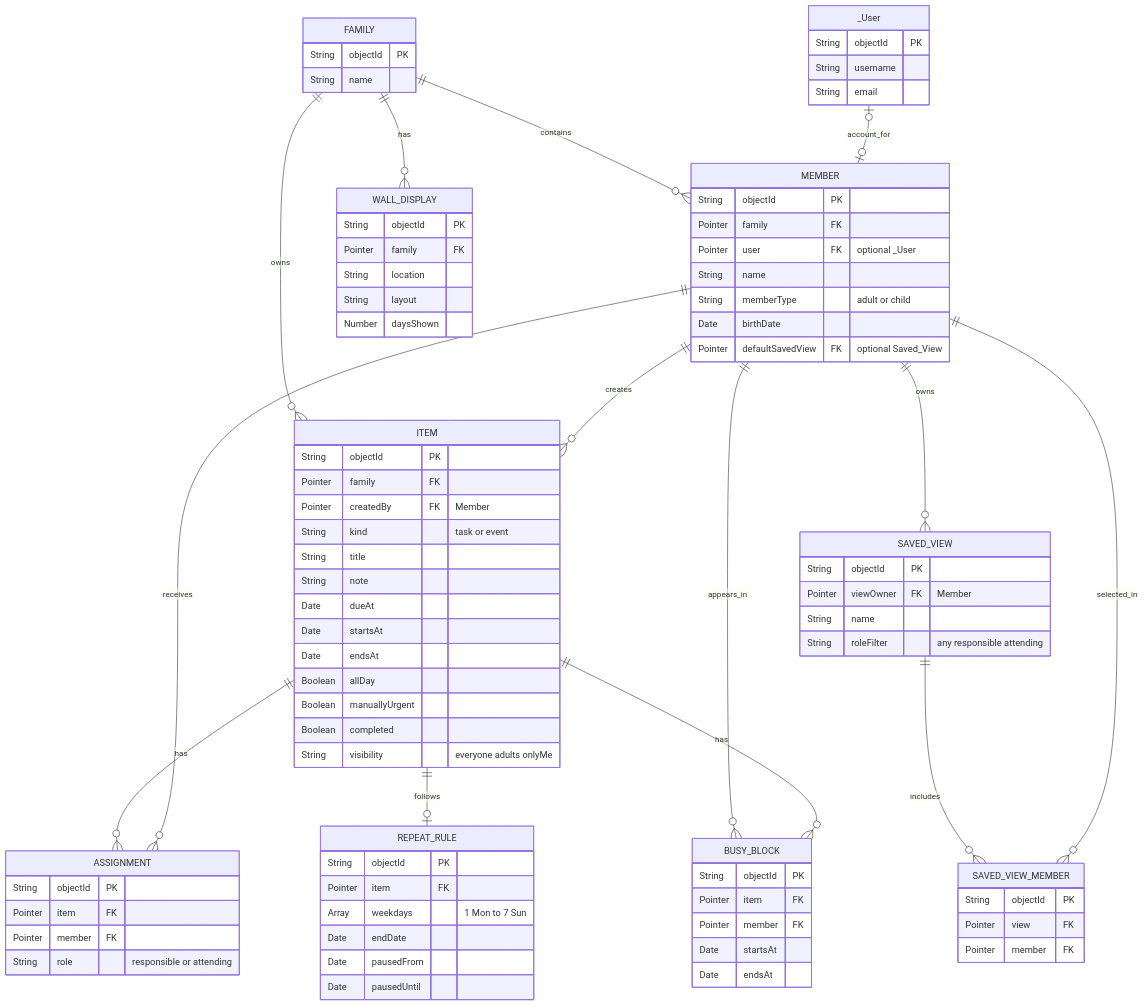
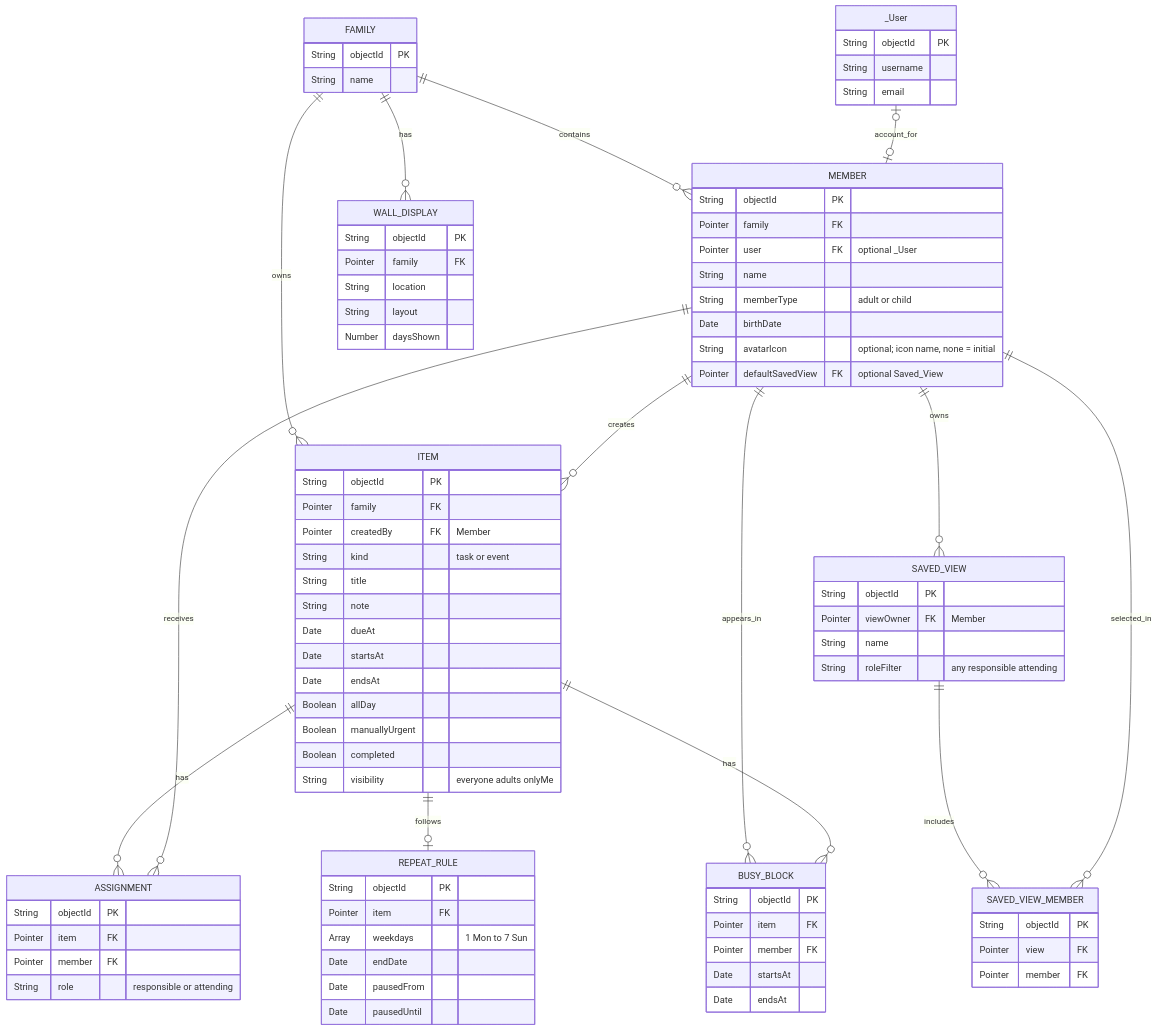
Before and after one commit to Danger-Romero/family-planner: the diagram in family-planner/docs/er-diagram.mmd, drawn with Mermaid. The commit also changed 41 other files, not shown here.

```diff
--- a/family-planner/docs/er-diagram.mmd
+++ b/family-planner/docs/er-diagram.mmd
@@ -1,87 +1,88 @@
 erDiagram
     FAMILY ||--o{ MEMBER : contains
     FAMILY ||--o{ ITEM : owns
     FAMILY ||--o{ WALL_DISPLAY : has
     _User |o--o| MEMBER : account_for
     MEMBER ||--o{ ITEM : creates
     ITEM ||--o{ ASSIGNMENT : has
     MEMBER ||--o{ ASSIGNMENT : receives
     ITEM ||--o| REPEAT_RULE : follows
     MEMBER ||--o{ SAVED_VIEW : owns
     SAVED_VIEW ||--o{ SAVED_VIEW_MEMBER : includes
     MEMBER ||--o{ SAVED_VIEW_MEMBER : selected_in
     MEMBER ||--o{ BUSY_BLOCK : appears_in
     ITEM ||--o{ BUSY_BLOCK : has
 
     _User {
         String objectId PK
         String username
         String email
     }
     FAMILY {
         String objectId PK
         String name
     }
     MEMBER {
         String objectId PK
         Pointer family FK
         Pointer user FK "optional _User"
         String name
         String memberType "adult or child"
         Date birthDate
+        String avatarIcon "optional; icon name, none = initial"
         Pointer defaultSavedView FK "optional Saved_View"
     }
     ITEM {
         String objectId PK
         Pointer family FK
         Pointer createdBy FK "Member"
         String kind "task or event"
         String title
         String note
         Date dueAt
         Date startsAt
         Date endsAt
         Boolean allDay
         Boolean manuallyUrgent
         Boolean completed
         String visibility "everyone adults onlyMe"
     }
     BUSY_BLOCK {
         String objectId PK
         Pointer item FK
         Pointer member FK
         Date startsAt
         Date endsAt
     }
     ASSIGNMENT {
         String objectId PK
         Pointer item FK
         Pointer member FK
         String role "responsible or attending"
     }
     REPEAT_RULE {
         String objectId PK
         Pointer item FK
         Array weekdays "1 Mon to 7 Sun"
         Date endDate
         Date pausedFrom
         Date pausedUntil
     }
     SAVED_VIEW {
         String objectId PK
         Pointer viewOwner FK "Member"
         String name
         String roleFilter "any responsible attending"
     }
     SAVED_VIEW_MEMBER {
         String objectId PK
         Pointer view FK
         Pointer member FK
     }
     WALL_DISPLAY {
         String objectId PK
         Pointer family FK
         String location
         String layout
         Number daysShown
     }
```
